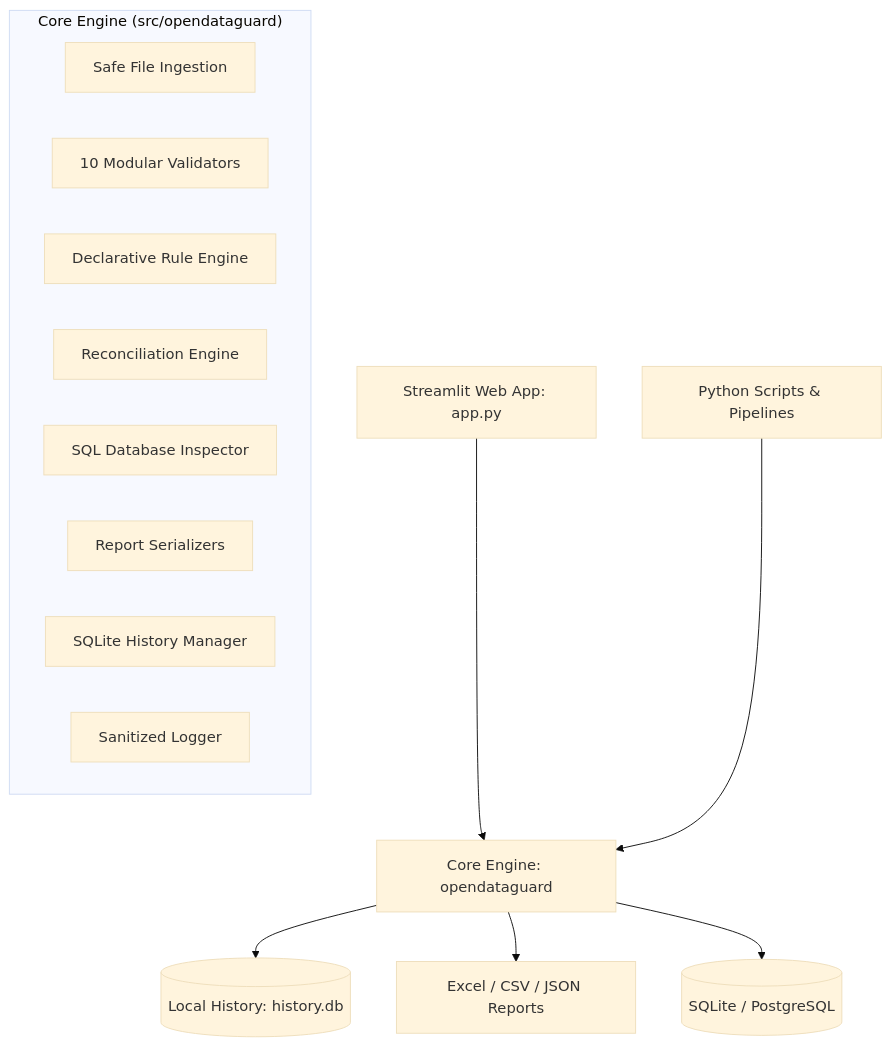
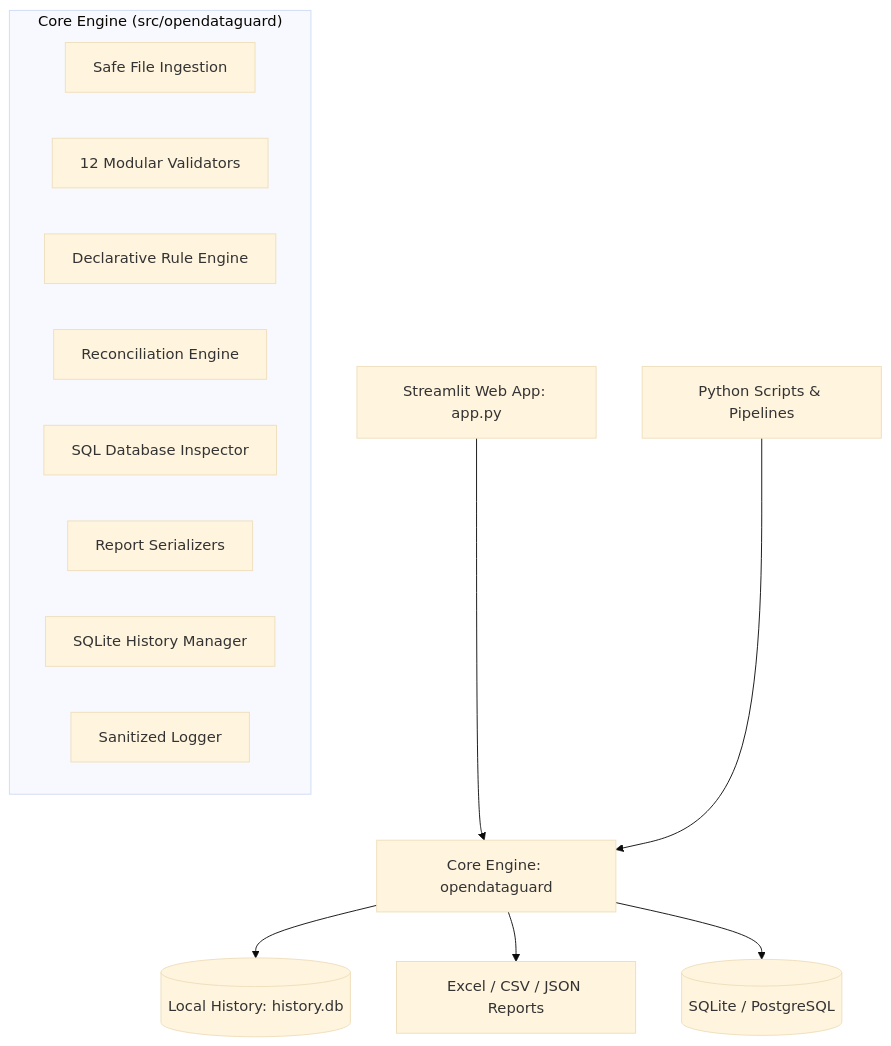
One commit to RushikeshAlase7879/OpenDataGuard changed the diagram in README.md. Above: the diagram before and after it, drawn with Mermaid (base theme). The commit also changed other lines of this file and 3 other files, not shown here.

````diff
--- a/README.md
+++ b/README.md
@@ -92,20 +92,20 @@
 ```mermaid
 graph TD
     UI[Streamlit Web App: app.py] --> Core[Core Engine: opendataguard]
     CLI[Python Scripts & Pipelines] --> Core
 
     subgraph "Core Engine (src/opendataguard)"
         Ingest[Safe File Ingestion]
-        Val[10 Modular Validators]
+        Val[12 Modular Validators]
         Rules[Declarative Rule Engine]
         Rec[Reconciliation Engine]
         DB[SQL Database Inspector]
         Rep[Report Serializers]
         Hist[SQLite History Manager]
         Log[Sanitized Logger]
     end
 
     Core --> Storage[(Local History: history.db)]
     Core --> OutReports[Excel / CSV / JSON Reports]
     Core --> TargetDB[(SQLite / PostgreSQL)]
 ```
````
